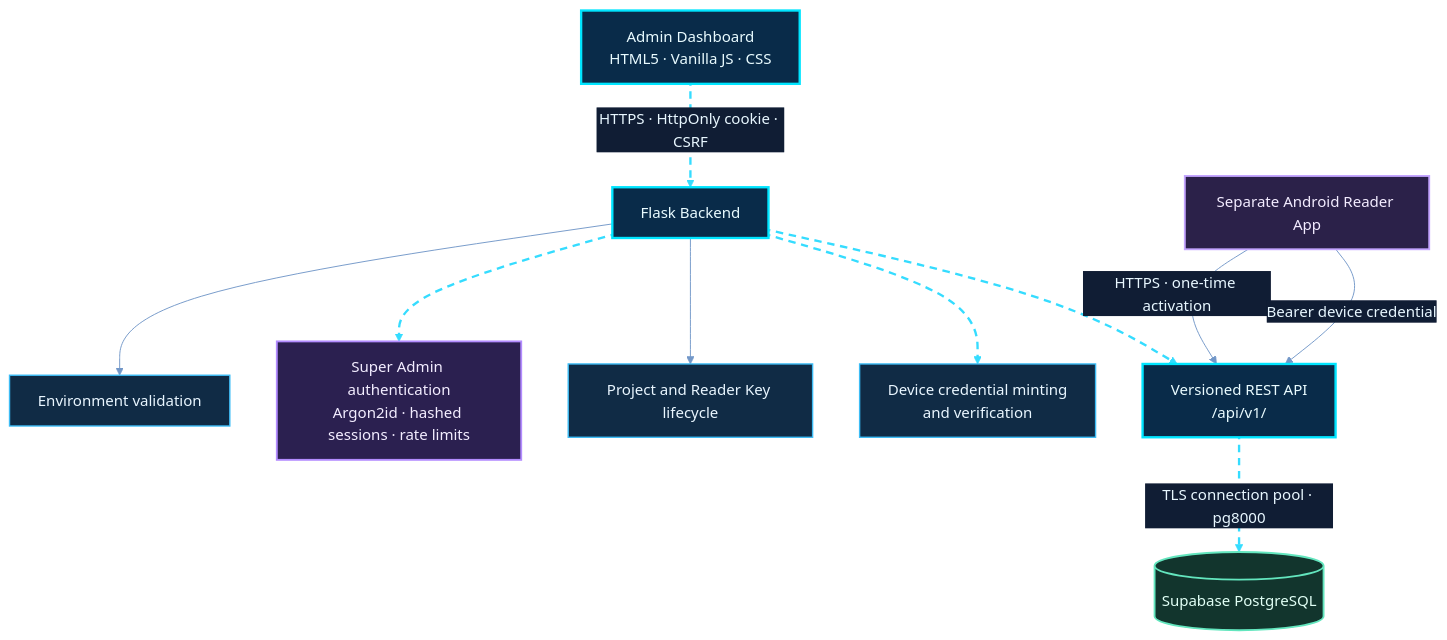
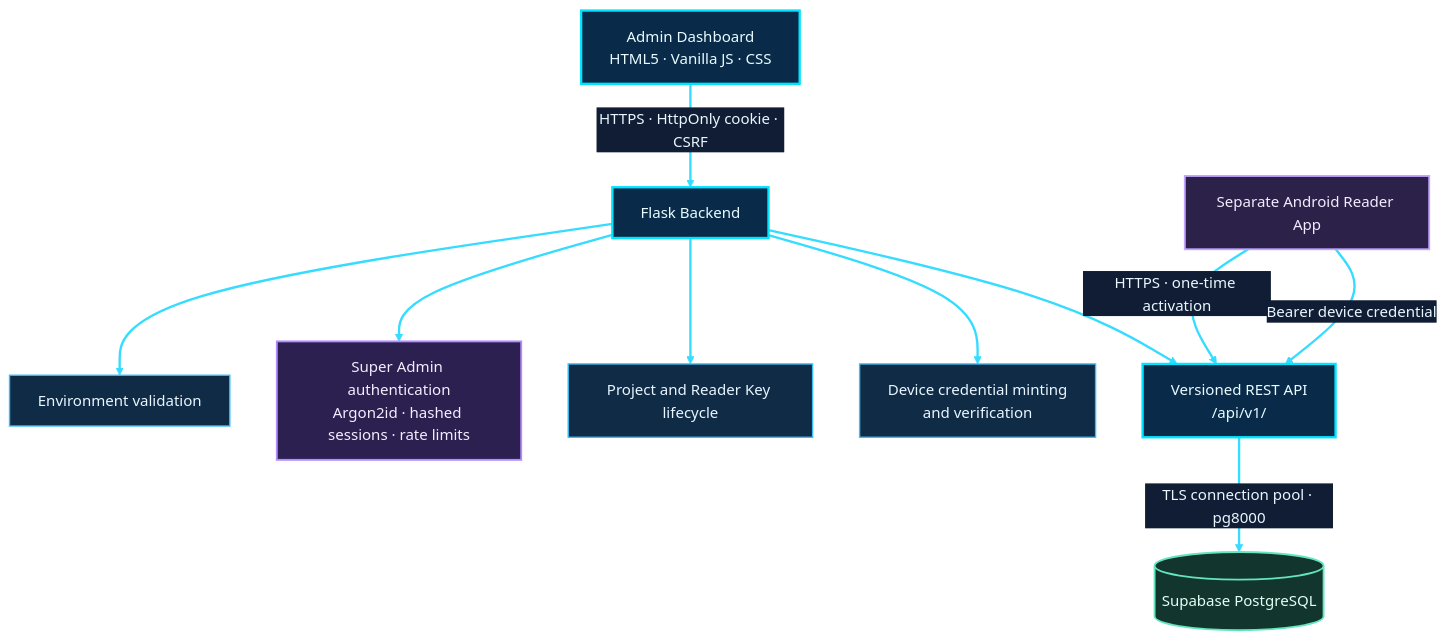
The third of 23 diagrams in README.md (shajeduzzamanenan992008inc/NexOra-Database-key-Gen), drawn with Mermaid before and after one commit. The commit also changed other lines of this file, not shown here.

````diff
--- a/README.md
+++ b/README.md
@@ -497,33 +495,32 @@
 ```mermaid
 %%{init: {"theme":"base","themeVariables":{"darkMode":true,"background":"#07111f","primaryColor":"#102744","primaryTextColor":"#e8f7ff","primaryBorderColor":"#00d9ff","lineColor":"#7297c8","secondaryColor":"#261d45","secondaryTextColor":"#f3eaff","secondaryBorderColor":"#a78bfa","tertiaryColor":"#12332b","tertiaryTextColor":"#e0fff1","tertiaryBorderColor":"#41e6a2","fontFamily":"Inter, Segoe UI, sans-serif","edgeLabelBackground":"#101d34","mainBkg":"#102744","nodeBorder":"#00d9ff","clusterBkg":"#0b1930","clusterBorder":"#6f7dff","actorBkg":"#102744","actorBorder":"#00d9ff","actorTextColor":"#e8f7ff","signalColor":"#64d8ff","signalTextColor":"#e8f7ff","noteBkgColor":"#0e332b","noteBorderColor":"#41e6a2","noteTextColor":"#e0fff1"}}}%%
 flowchart TD
-    A["Admin Dashboard<br/>HTML5 · Vanilla JS · CSS"] nx03e01@-->|"HTTPS · HttpOnly cookie · CSRF"| B["Flask Backend"]
-    B nx03e02@nx03e04@--> C["Environment validation"]
-    B nx03e03@--> D["Super Admin authentication<br/>Argon2id · hashed sessions · rate limits"]
+    A["Admin Dashboard<br/>HTML5 · Vanilla JS · CSS"] -->|"HTTPS · HttpOnly cookie · CSRF"| B["Flask Backend"]
+    B --> C["Environment validation"]
+    B --> D["Super Admin authentication<br/>Argon2id · hashed sessions · rate limits"]
     B --> E["Project and Reader Key lifecycle"]
-    B nx03e05@--> F["Device credential minting<br/>and verification"]
-    B nx03e06@--> G["Versioned REST API<br/>/api/v1/"]
-    G nx03e07@-->|"TLS connection pool · pg8000"| H[("Supabase PostgreSQL")]
+    B --> F["Device credential minting<br/>and verification"]
+    B --> G["Versioned REST API<br/>/api/v1/"]
+    G -->|"TLS connection pool · pg8000"| H[("Supabase PostgreSQL")]
     I["Separate Android Reader App"] -->|"HTTPS · one-time activation"| G
     I -->|"Bearer device credential"| G
 
-    %% OMEGA NEX-ORA visual classes
     %% OMEGA NEX-ORA / ULTRA NEON PALETTE
     classDef nxCore fill:#092b49,stroke:#00e5ff,stroke-width:2.5px,color:#e9fbff;
     classDef nxProcess fill:#102b45,stroke:#3dbcf5,stroke-width:1.5px,color:#e9f6ff;
     classDef nxDecision fill:#2b2050,stroke:#b38cff,stroke-width:2px,color:#f3edff;
     classDef nxSuccess fill:#0d3b2c,stroke:#3fffa0,stroke-width:2px,color:#e0fff0;
     classDef nxDanger fill:#451d30,stroke:#ff6688,stroke-width:2px,color:#fff0f3;
     classDef nxData fill:#12352d,stroke:#63e6be,stroke-width:2px,color:#e1fff5;
     classDef nxExternal fill:#2b2149,stroke:#c4a5ff,stroke-width:2px,color:#f3ecff;
     classDef nxInfo fill:#17253e,stroke:#91a7c9,stroke-width:1.5px,color:#e5efff;
     classDef nxWarning fill:#453116,stroke:#fbbf24,stroke-width:2px,color:#fff6d6;
-    %% Moving dashed route: Mermaid applies this class to explicitly identified edges.
-    classDef nxAnimated stroke:#35dcff,stroke-width:2.5px,stroke-dasharray:8\,6,stroke-dashoffset:1000,animation:dash 24s linear infinite;
     class A,B,G nxCore;
     class C,E,F nxProcess;
     class D nxDecision;
     class H nxData;
     class I nxExternal;
-    class nx03e01,nx03e02,nx03e03,nx03e04,nx03e05,nx03e06,nx03e07 nxAnimated;
+
+    %% Animated primary paths using Mermaid linkStyle (no edge-ID parser required)
+    linkStyle default stroke:#35dcff,stroke-width:2.5px,stroke-dasharray:8\,6,stroke-dashoffset:1000,animation:dash 24s linear infinite;
 ```
````
